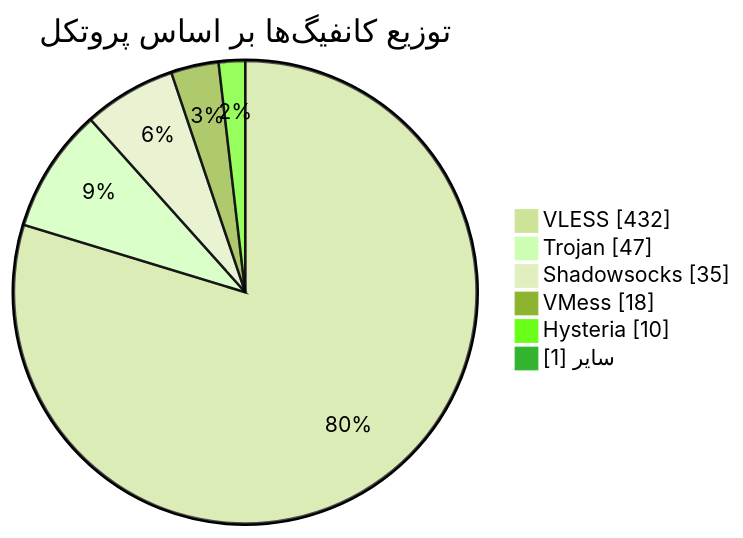
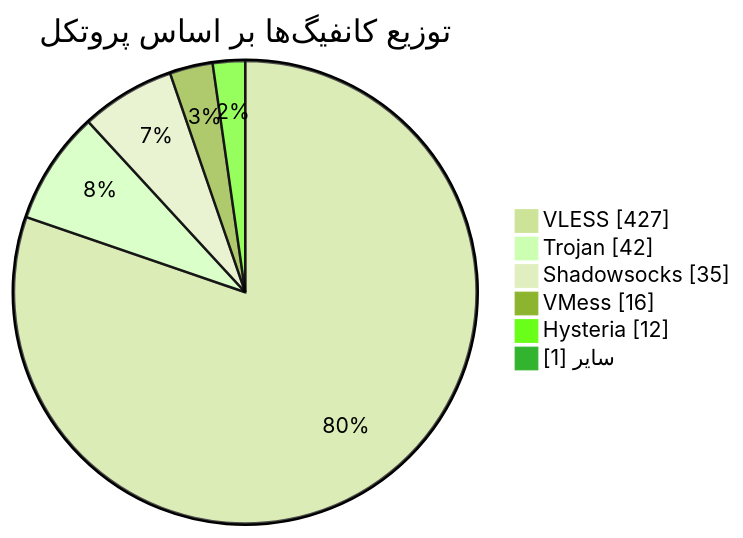
Before and after one commit to Arian-Alijani/Somthing: the diagram in README.md, drawn with Mermaid (forest theme). The commit also changed other lines of this file and 87 other files, not shown here.

````diff
--- a/README.md
+++ b/README.md
@@ -48,10 +48,10 @@
 ```mermaid
 pie showData
     title توزیع کانفیگ‌ها بر اساس پروتکل
-    "VLESS" : 432
-    "Trojan" : 47
+    "VLESS" : 427
+    "Trojan" : 42
     "Shadowsocks" : 35
-    "VMess" : 18
-    "Hysteria" : 10
+    "VMess" : 16
+    "Hysteria" : 12
     "سایر" : 1
 ```
````
